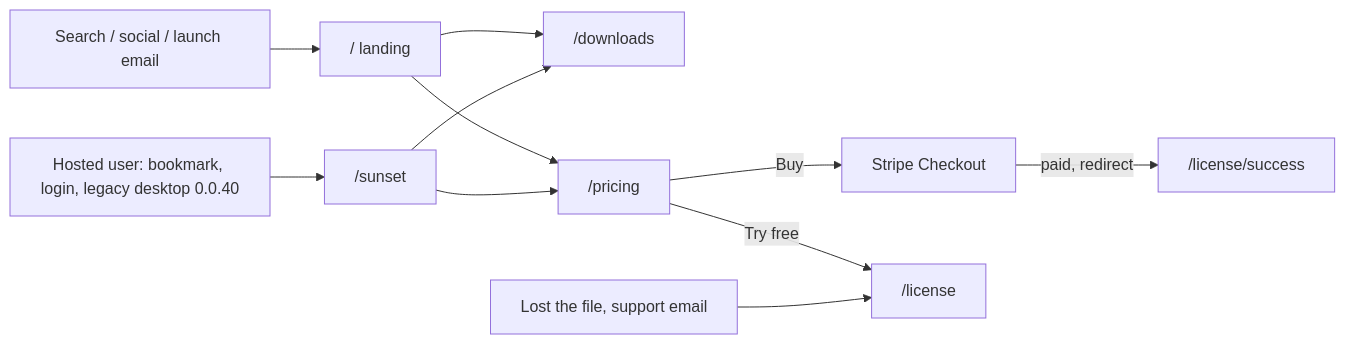
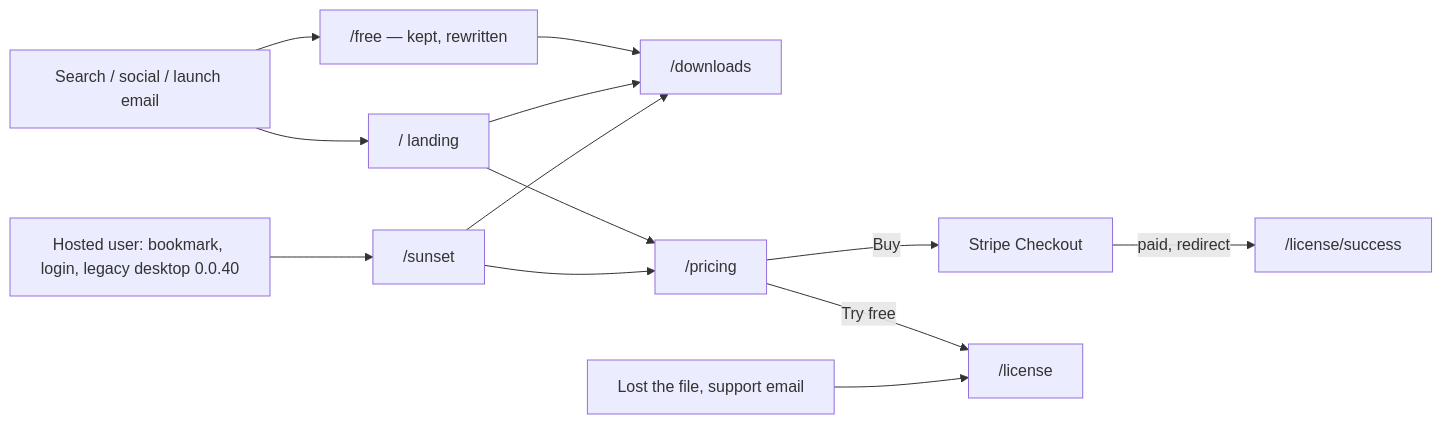
One commit to MODSetter/SurfSense changed the first of 4 diagrams in plans/community-local/portal/02-pages.md. Above: the diagram before and after it, drawn with Mermaid. The commit also changed other lines of this file and 70 other files, not shown here.

````diff
--- a/plans/community-local/portal/02-pages.md
+++ b/plans/community-local/portal/02-pages.md
@@ -7,13 +7,15 @@
 ```mermaid
 flowchart LR
     G[Search / social / launch email] --> L["/ landing"]
+    G --> F["/free — kept, rewritten"]
+    F --> D
     L --> D["/downloads"]
     L --> P["/pricing"]
     P -->|Buy| S[Stripe Checkout]
     S -->|paid, redirect| LS["/license/success"]
     P -->|Try free| LI["/license"]
     E[Hosted user: bookmark, login, legacy desktop 0.0.40] --> SU["/sunset"]
     SU --> D
     SU --> P
     M[Lost the file, support email] --> LI
 ```
````
